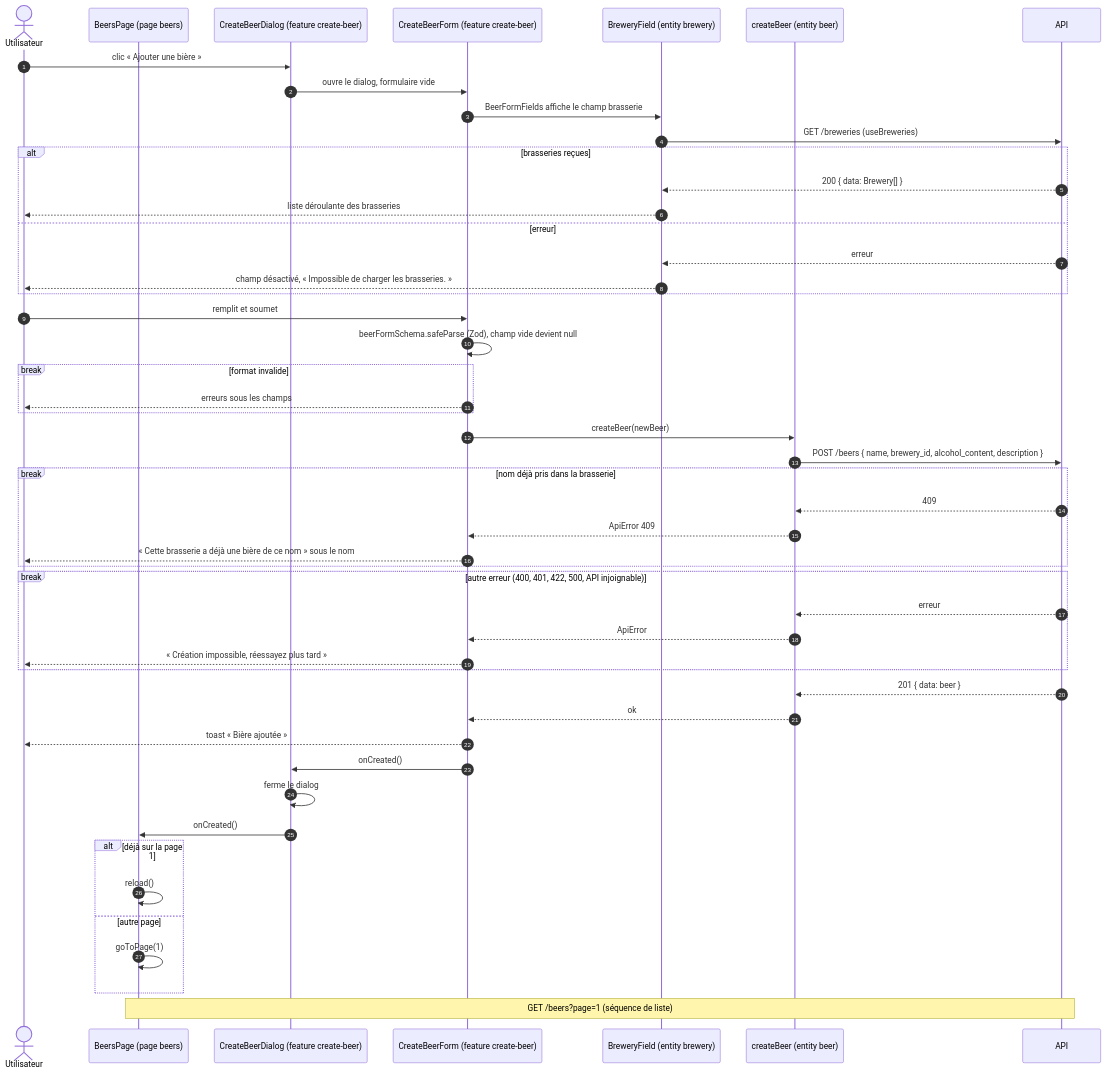
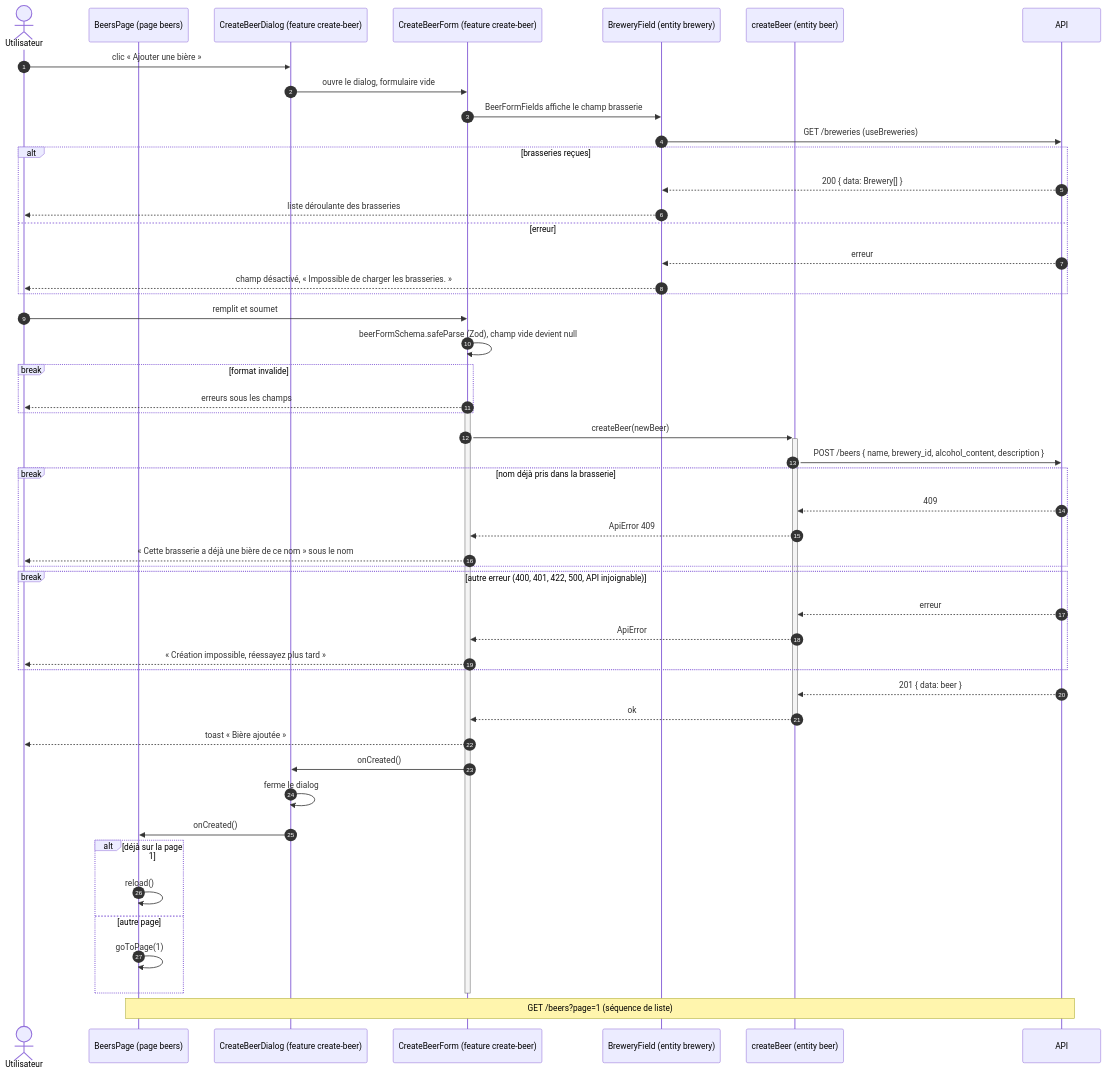
One commit to SIMPLON-DIST-CDA-260316/zythologue_julien_lemarchand changed the diagram in apps/client/docs/diagrams/create-beer-sequence.md. Above: the diagram before and after it, drawn with Mermaid. The commit also changed other lines of this file and 3 other files, not shown here.

Commit message:
docs(client): barres d'activation et état livré dans les diagrammes bières

````diff
--- a/apps/client/docs/diagrams/create-beer-sequence.md
+++ b/apps/client/docs/diagrams/create-beer-sequence.md
@@ -13,60 +13,62 @@
 ```mermaid
 sequenceDiagram
     autonumber
     actor U as Utilisateur
     participant P as BeersPage (page beers)
     participant D as CreateBeerDialog (feature create-beer)
     participant F as CreateBeerForm (feature create-beer)
     participant B as BreweryField (entity brewery)
     participant A as createBeer (entity beer)
     participant API as API
 
     U->>D: clic « Ajouter une bière »
     D->>F: ouvre le dialog, formulaire vide
     F->>B: BeerFormFields affiche le champ brasserie
     B->>API: GET /breweries (useBreweries)
 
     alt brasseries reçues
         API-->>B: 200 { data: Brewery[] }
         B-->>U: liste déroulante des brasseries
     else erreur
         API-->>B: erreur
         B-->>U: champ désactivé, « Impossible de charger les brasseries. »
     end
 
     U->>F: remplit et soumet
     F->>F: beerFormSchema.safeParse (Zod), champ vide devient null
 
     break format invalide
         F-->>U: erreurs sous les champs
     end
 
-    F->>A: createBeer(newBeer)
+    activate F
+    F->>+A: createBeer(newBeer)
     A->>API: POST /beers { name, brewery_id, alcohol_content, description }
 
     break nom déjà pris dans la brasserie
         API-->>A: 409
         A-->>F: ApiError 409
         F-->>U: « Cette brasserie a déjà une bière de ce nom » sous le nom
     end
 
     break autre erreur (400, 401, 422, 500, API injoignable)
         API-->>A: erreur
         A-->>F: ApiError
         F-->>U: « Création impossible, réessayez plus tard »
     end
 
     API-->>A: 201 { data: beer }
-    A-->>F: ok
+    A-->>-F: ok
     F-->>U: toast « Bière ajoutée »
     F->>D: onCreated()
     D->>D: ferme le dialog
     D->>P: onCreated()
 
     alt déjà sur la page 1
         P->>P: reload()
     else autre page
         P->>P: goToPage(1)
     end
+    deactivate F
     Note over P,API: GET /beers?page=1 (séquence de liste)
 ```
````
